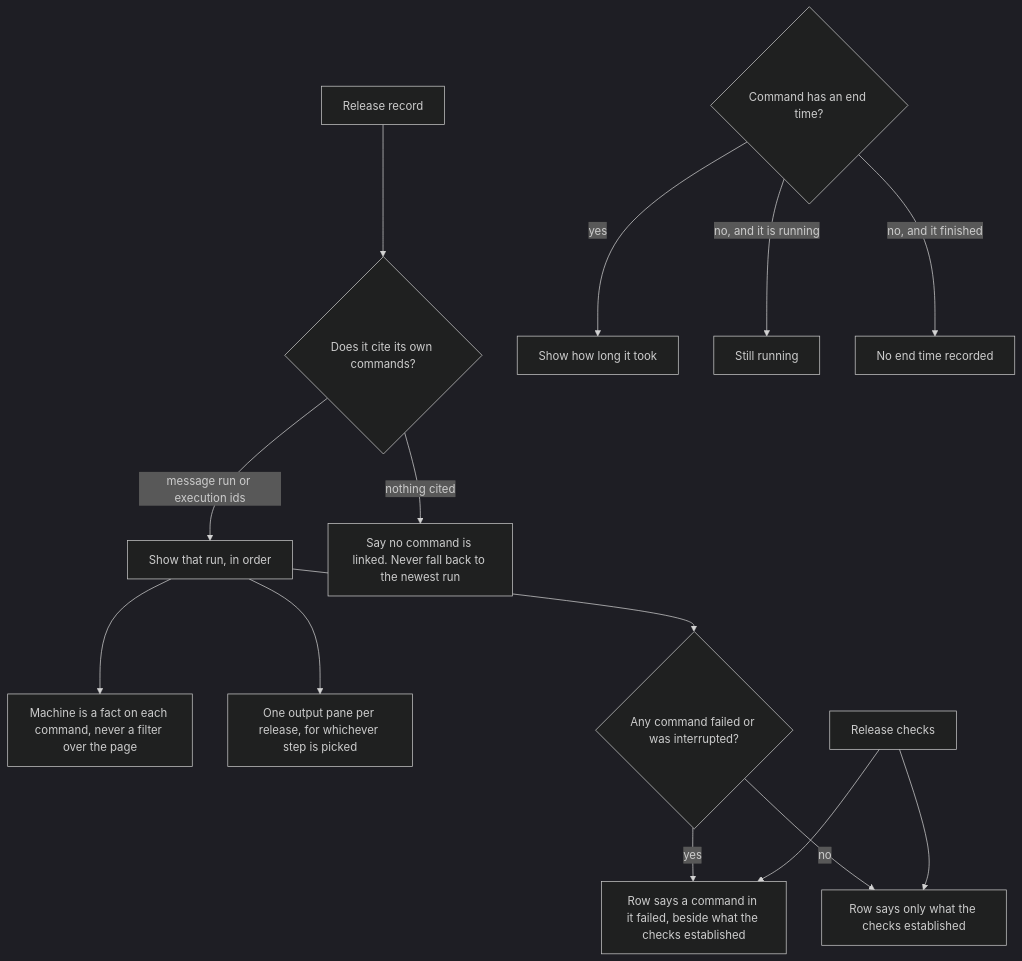
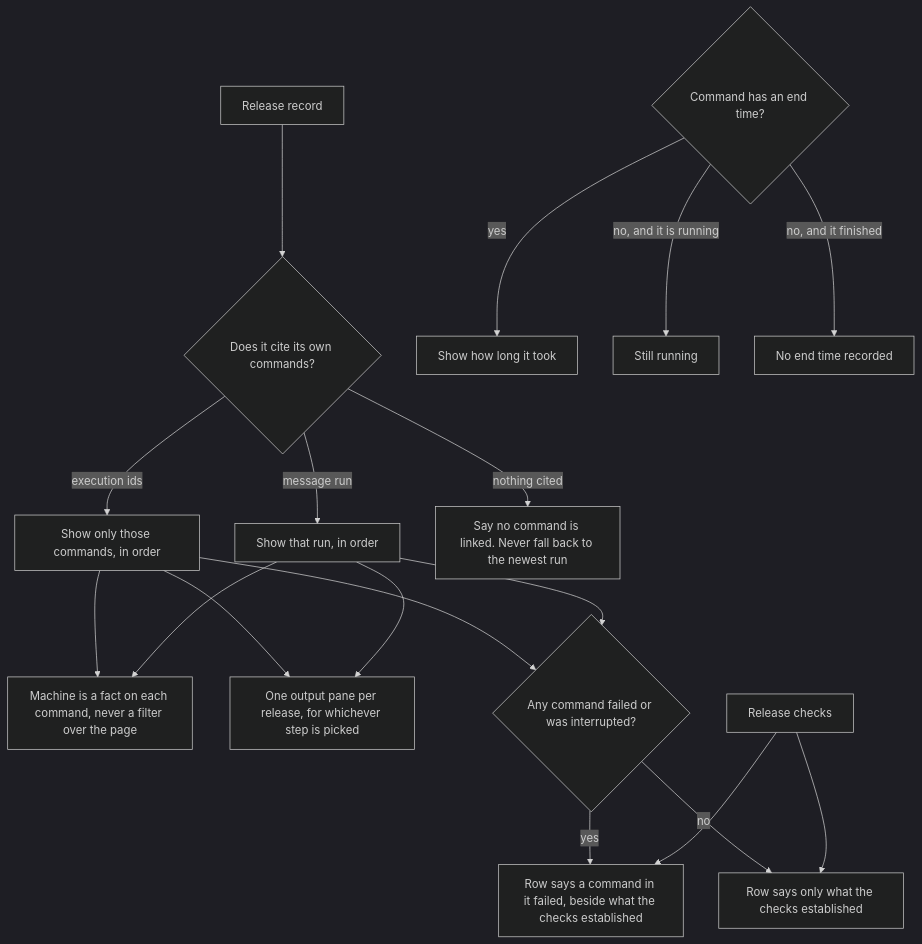
The diagram in docs/architecture/deployment-release-work.md (lustoykov/hallvi), drawn with Mermaid (dark theme) before and after one commit. The commit also changed 4 other files, not shown here.

````diff
--- a/docs/architecture/deployment-release-work.md
+++ b/docs/architecture/deployment-release-work.md
@@ -7,16 +7,20 @@
 ```mermaid
 flowchart TD
   L[Release record] --> E{Does it cite its own commands?}
-  E -->|"message run or execution ids"| W[Show that run, in order]
+  E -->|"message run"| W[Show that run, in order]
+  E -->|"execution ids"| I[Show only those commands, in order]
+  I --> M
+  I --> O
+  I --> F
   E -->|"nothing cited"| N[Say no command is linked. Never fall back to the newest run]
   W --> M[Machine is a fact on each command, never a filter over the page]
   W --> O[One output pane per release, for whichever step is picked]
   W --> F{Any command failed or was interrupted?}
   F -->|yes| S["Row says a command in it failed, beside what the checks established"]
   F -->|no| Q[Row says only what the checks established]
   C[Release checks] --> Q
   C --> S
   T{Command has an end time?} --> |yes| D[Show how long it took]
   T --> |no, and it is running| G[Still running]
   T --> |no, and it finished| H[No end time recorded]
 ```
````
